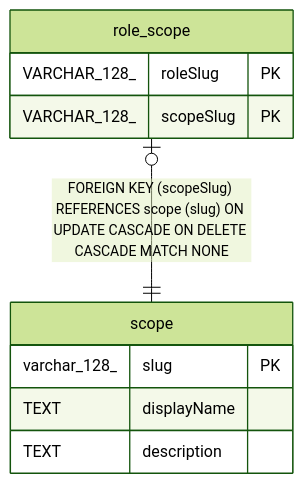
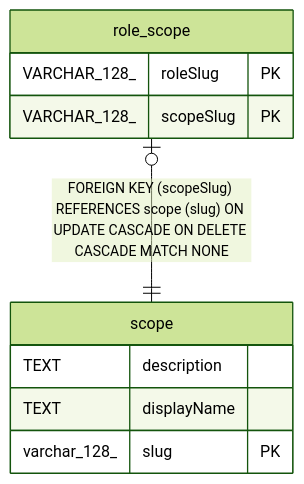
Before and after one commit to mayankjain1815-commits/n8n: the diagram in docs/generated/sqlite-schema/scope.md, drawn with Mermaid (forest theme). The commit also changed other lines of this file and 221 other files, not shown here.

Commit message:
chore(core): Make DB schema docs generation deterministic (#32373)

````diff
--- a/docs/generated/sqlite-schema/scope.md
+++ b/docs/generated/sqlite-schema/scope.md
@@ -37,15 +37,15 @@
 ```mermaid
 erDiagram
 
 "role_scope" |o--|| "scope" : "FOREIGN KEY (scopeSlug) REFERENCES scope (slug) ON UPDATE CASCADE ON DELETE CASCADE MATCH NONE"
 
 "scope" {
+  TEXT description
+  TEXT displayName
   varchar_128_ slug PK
-  TEXT displayName
-  TEXT description
 }
 "role_scope" {
   VARCHAR_128_ roleSlug PK
   VARCHAR_128_ scopeSlug PK
 }
 ```
````
